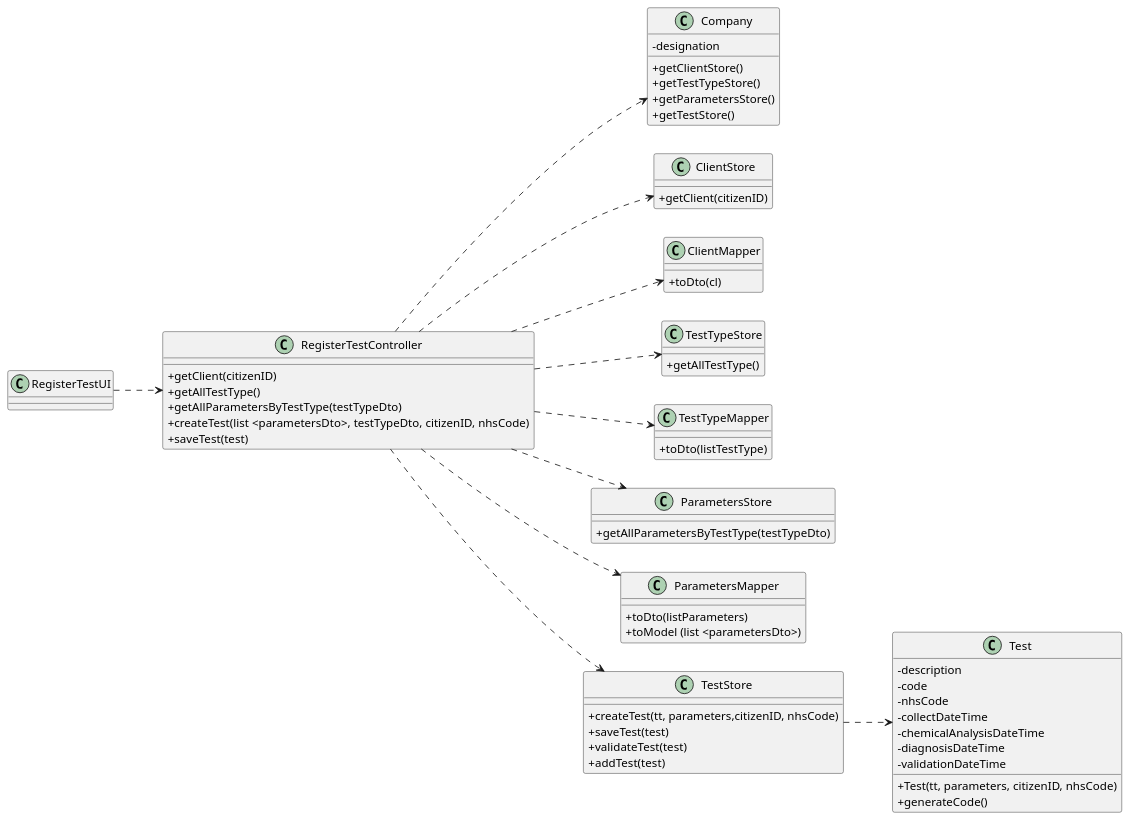
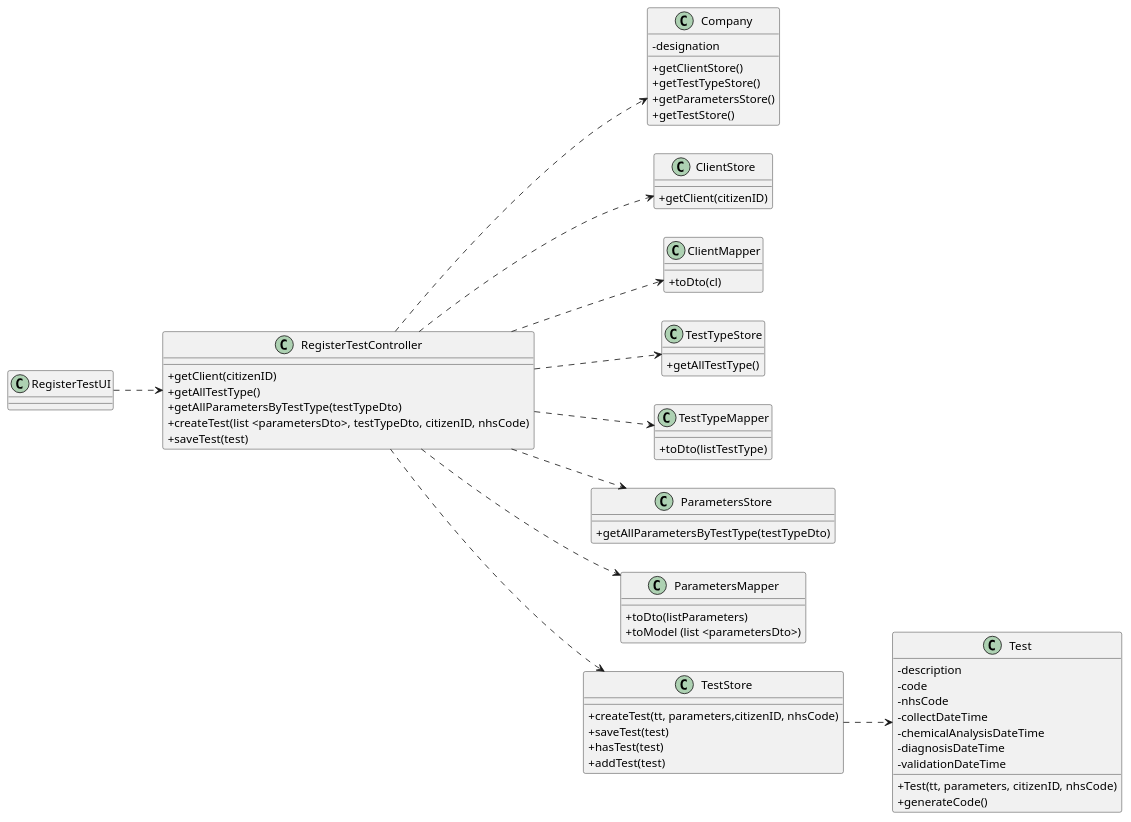
One commit to 0franciscor/lei-21-s2-1de-g19 changed the diagram in docs/SprintC/US04/US04-CD.puml. Above: the diagram before and after it, drawn with PlantUML. The commit also changed 3 other files, not shown here.

```diff
--- a/docs/SprintC/US04/US04-CD.puml
+++ b/docs/SprintC/US04/US04-CD.puml
@@ -1,81 +1,81 @@
 @startuml
 'https://plantuml.com/class-diagram
 
 skinparam classAttributeIconSize 0
 left to right direction
 
 class "RegisterTestUI" as RTUI
 
 class "RegisterTestController" as RTC {
 +getClient(citizenID)
 +getAllTestType()
 +getAllParametersByTestType(testTypeDto)
 +createTest(list <parametersDto>, testTypeDto, citizenID, nhsCode)
 +saveTest(test)
 }
 
 class "Company" as C {
 -designation
 +getClientStore()
 +getTestTypeStore()
 +getParametersStore()
 +getTestStore()
 }
 
 class "ClientStore" as CS {
 +getClient(citizenID)
 }
 
 class "ClientMapper" as CM {
 +toDto(cl)
 }
 
 class "TestTypeStore" as TTS {
 +getAllTestType()
 }
 
 class "TestTypeMapper" as TTM {
 +toDto(listTestType)
 }
 
 class "ParametersStore" as PS {
 +getAllParametersByTestType(testTypeDto)
 }
 
 class "ParametersMapper" as PM {
 +toDto(listParameters)
 +toModel (list <parametersDto>)
 }
 
 class "TestStore" as TS {
 +createTest(tt, parameters,citizenID, nhsCode)
 +saveTest(test)
-+validateTest(test)
++hasTest(test)
 +addTest(test)
 }
 
 class "Test" as T {
 -description
 -code
 -nhsCode
 -collectDateTime
 -chemicalAnalysisDateTime
 -diagnosisDateTime
 -validationDateTime
 +Test(tt, parameters, citizenID, nhsCode)
 +generateCode()
 }
 
 RTUI ..> RTC
 RTC ..> CS
 RTC ..> CM
 RTC ..> C
 RTC ..> TTS
 RTC ..> TTM
 RTC ..> PS
 RTC ..> PM
 RTC ..> TS
 TS ..> T
 
 
 @enduml
```
